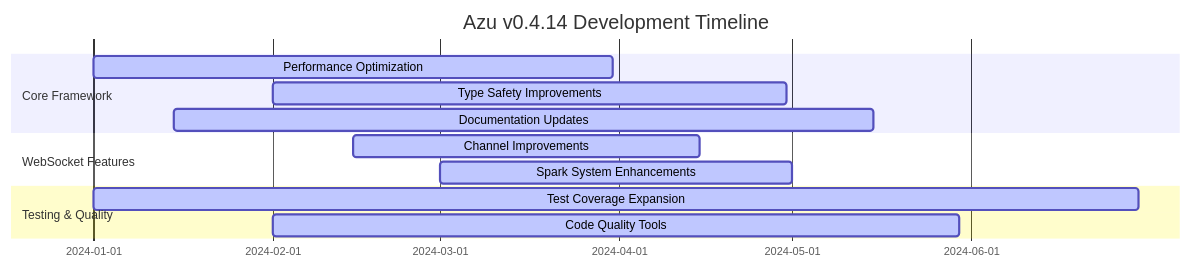
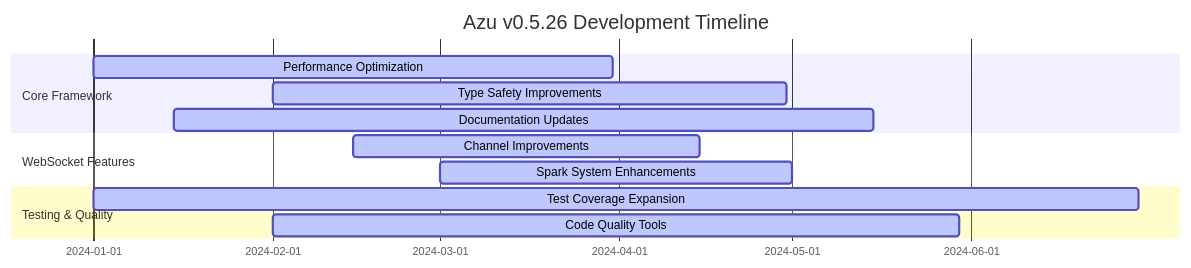
The first of 2 diagrams in docs/contributing/roadmap.md (azutoolkit/azu), drawn with Mermaid before and after one commit. The commit also changed other lines of this file and 29 other files, not shown here.

````diff
--- a/docs/contributing/roadmap.md
+++ b/docs/contributing/roadmap.md
@@ -13,17 +13,17 @@
 ```mermaid
 gantt
-    title Azu v0.4.14 Development Timeline
+    title Azu v0.5.26 Development Timeline
     dateFormat  YYYY-MM-DD
     section Core Framework
     Performance Optimization    :active, perf, 2024-01-01, 2024-03-31
     Type Safety Improvements   :active, types, 2024-02-01, 2024-04-30
     Documentation Updates      :active, docs, 2024-01-15, 2024-05-15
 
     section WebSocket Features
     Channel Improvements       :active, ws, 2024-02-15, 2024-04-15
     Spark System Enhancements  :active, spark, 2024-03-01, 2024-05-01
 
     section Testing & Quality
     Test Coverage Expansion    :active, tests, 2024-01-01, 2024-06-30
     Code Quality Tools         :active, quality, 2024-02-01, 2024-05-30
 ```
````
